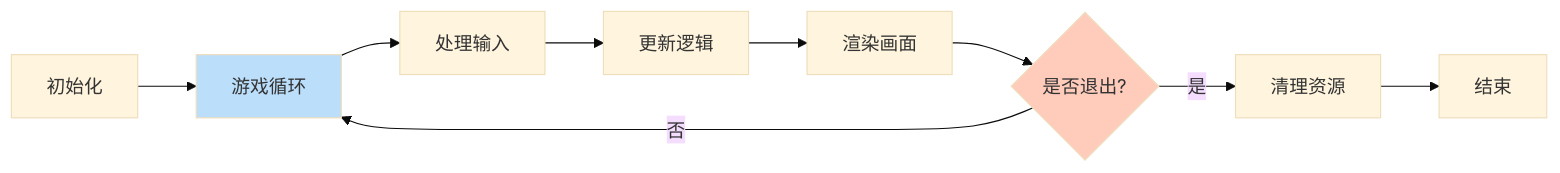
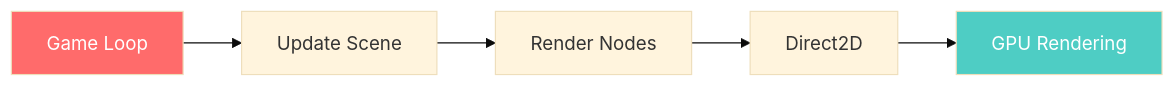
The third of 4 diagrams in README.md (ChestnutYueyue/Easy2D), drawn with Mermaid (base theme) before and after one commit. The commit also changed other lines of this file and 18 other files, not shown here.

````diff
--- a/README.md
+++ b/README.md
@@ -606,14 +157,10 @@
 ```mermaid
 flowchart LR
-    A[初始化] --> B[游戏循环]
-    B --> C[处理输入]
-    C --> D[更新逻辑]
-    D --> E[渲染画面]
-    E --> F{是否退出?}
-    F -->|否| B
-    F -->|是| G[清理资源]
-    G --> H[结束]
+    A[Game Loop] --> B[Update Scene]
+    B --> C[Render Nodes]
+    C --> D[Direct2D]
+    D --> E[GPU Rendering]
     
-    style B fill:#bbdefb
-    style F fill:#ffccbc
+    style A fill:#ff6b6b,color:#fff
+    style E fill:#4ecdc4,color:#fff
 ```
````
